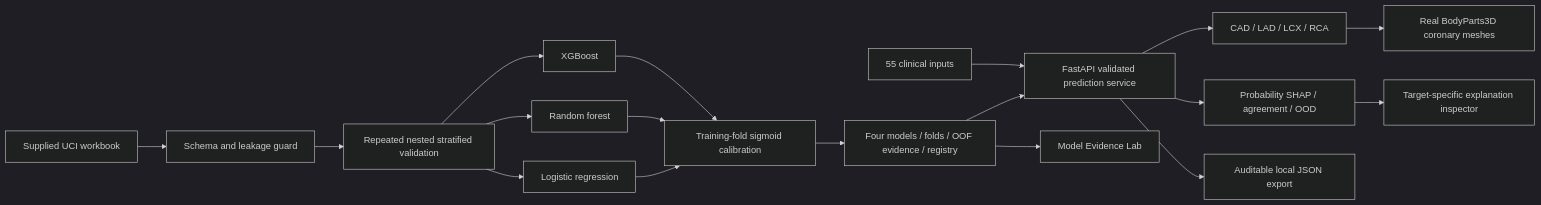
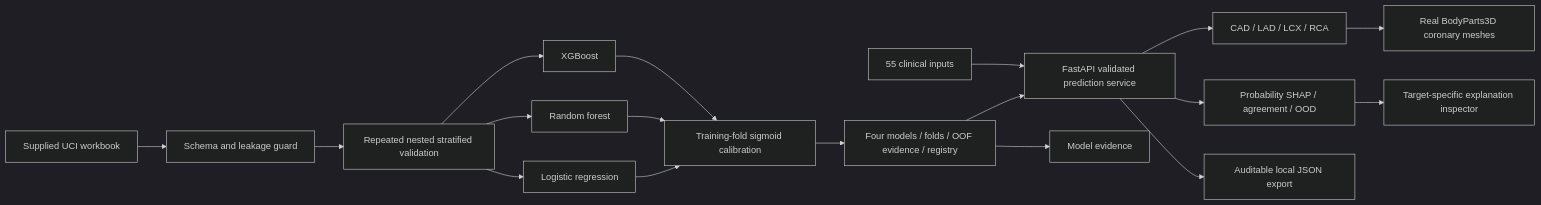
Before and after one commit to cs113062273-bot/VesselRisk_Multimodal_AI_Hackathon: the diagram in docs/ARCHITECTURE.md, drawn with Mermaid (dark theme). The commit also changed other lines of this file and 62 other files, not shown here.

````diff
--- a/docs/ARCHITECTURE.md
+++ b/docs/ARCHITECTURE.md
@@ -3,20 +3,20 @@
 ```mermaid
 flowchart LR
     Workbook[Supplied UCI workbook] --> Schema[Schema and leakage guard]
     Schema --> CV[Repeated nested stratified validation]
     CV --> LR[Logistic regression]
     CV --> RF[Random forest]
     CV --> XGB[XGBoost]
     LR --> Cal[Training-fold sigmoid calibration]
     RF --> Cal
     XGB --> Cal
     Cal --> Artifacts[Four models / folds / OOF evidence / registry]
     Artifacts --> API[FastAPI validated prediction service]
     Patient[55 clinical inputs] --> API
     API --> Predictions[CAD / LAD / LCX / RCA]
     API --> SHAP[Probability SHAP / agreement / OOD]
     Predictions --> Heart[Real BodyParts3D coronary meshes]
     SHAP --> Inspector[Target-specific explanation inspector]
-    Artifacts --> Lab[Model Evidence Lab]
+    Artifacts --> Lab[Model evidence]
     API --> Export[Auditable local JSON export]
 ```
````
